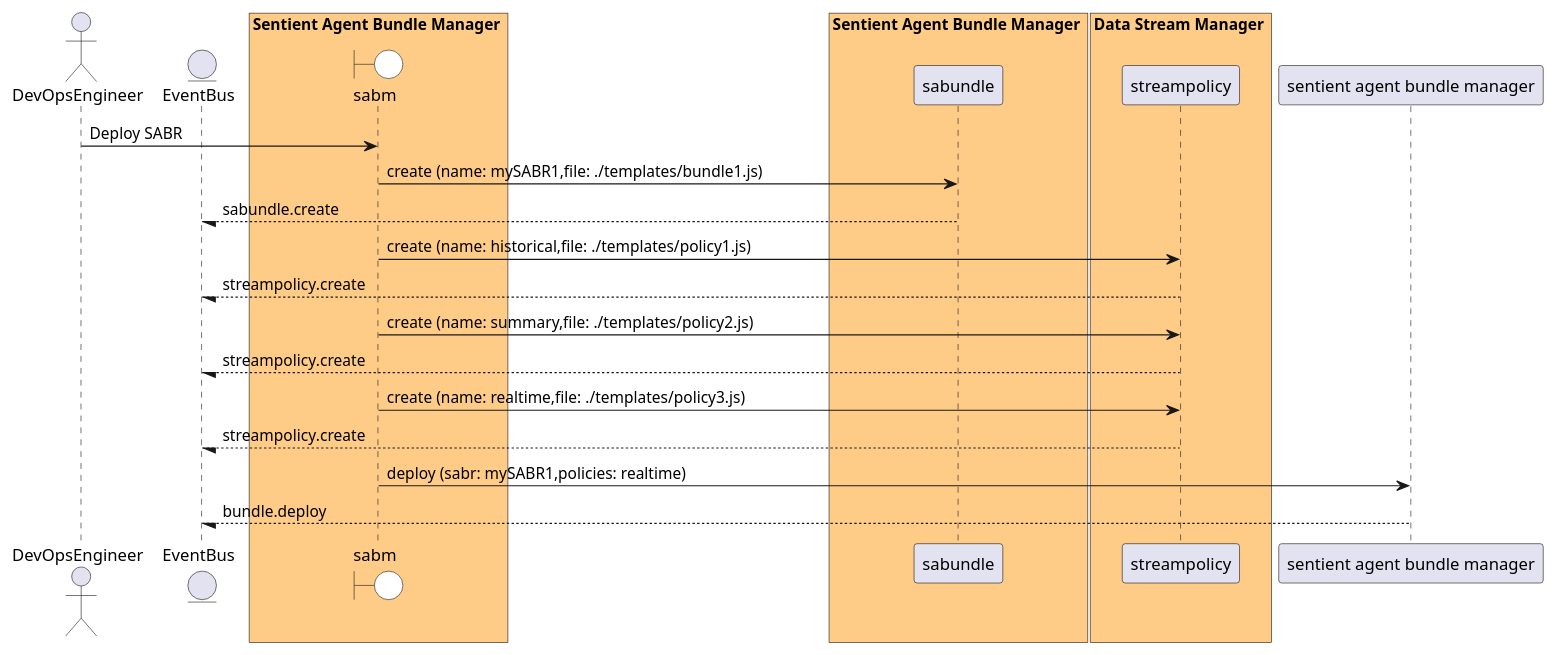
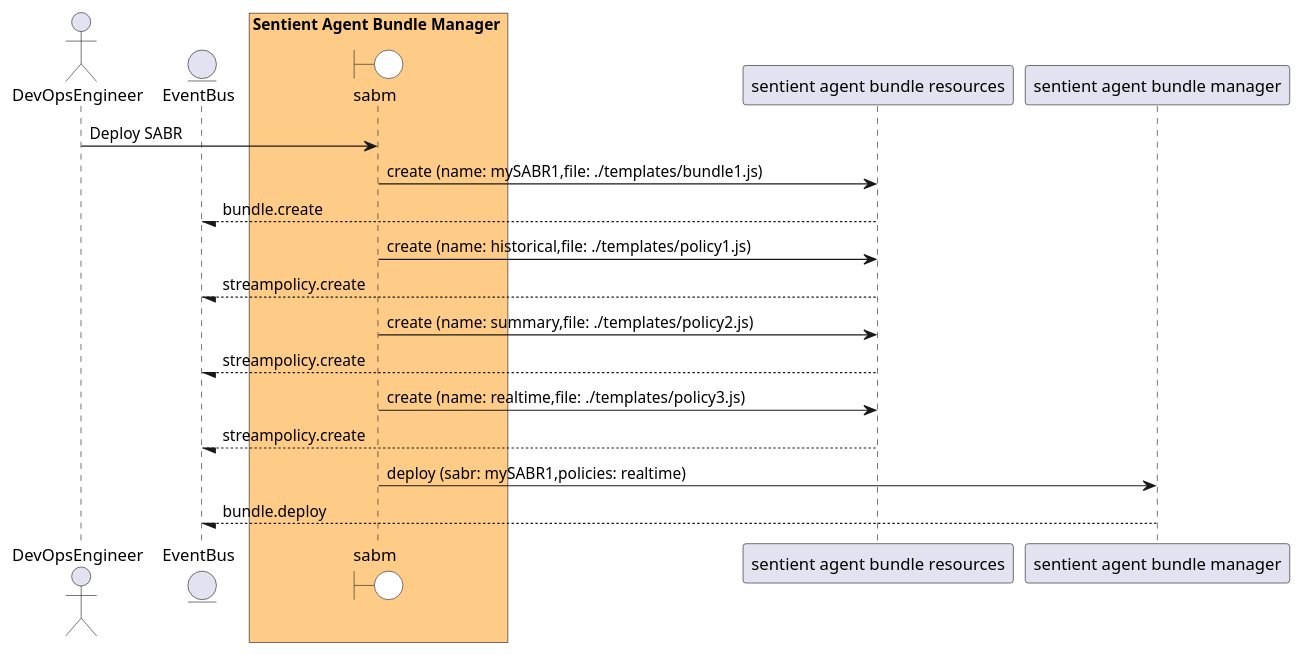
The diagram in docs/sabr/diml/sabm/usecases/managesabr/DeploySABR.puml (madajaju/sabr), drawn with PlantUML before and after one commit. The commit also changed 572 other files, not shown here.

```diff
--- a/docs/sabr/diml/sabm/usecases/managesabr/DeploySABR.puml
+++ b/docs/sabr/diml/sabm/usecases/managesabr/DeploySABR.puml
@@ -1,46 +1,44 @@
 @startuml
 
 actor "DevOpsEngineer"
 
 
 entity EventBus
 
 box Sentient Agent Bundle Manager #ffcc88
     boundary sabm #white
 end box
 
 
-box Sentient Agent Bundle Manager #ffcc88
-            participant sabundle
+box Sentient Agent Bundle Resources #bbaaff
     end box
 
-box Data Stream Manager #ffcc88
-            participant streampolicy
+box Sentient Agent Bundle Manager #ffcc88
     end box
 
 
 "DevOpsEngineer" -> sabm: Deploy SABR
 
-    sabm -> "sabundle": create (name: mySABR1,file: ./templates/bundle1.js)
+    sabm -> "sentient agent bundle resources": create (name: mySABR1,file: ./templates/bundle1.js)
 
-    "sabundle" --/ EventBus: sabundle.create
+    "sentient agent bundle resources" --/ EventBus: bundle.create
 
-    sabm -> "streampolicy": create (name: historical,file: ./templates/policy1.js)
+    sabm -> "sentient agent bundle resources": create (name: historical,file: ./templates/policy1.js)
 
-    "streampolicy" --/ EventBus: streampolicy.create
+    "sentient agent bundle resources" --/ EventBus: streampolicy.create
 
-    sabm -> "streampolicy": create (name: summary,file: ./templates/policy2.js)
+    sabm -> "sentient agent bundle resources": create (name: summary,file: ./templates/policy2.js)
 
-    "streampolicy" --/ EventBus: streampolicy.create
+    "sentient agent bundle resources" --/ EventBus: streampolicy.create
 
-    sabm -> "streampolicy": create (name: realtime,file: ./templates/policy3.js)
+    sabm -> "sentient agent bundle resources": create (name: realtime,file: ./templates/policy3.js)
 
-    "streampolicy" --/ EventBus: streampolicy.create
+    "sentient agent bundle resources" --/ EventBus: streampolicy.create
 
     sabm -> "sentient agent bundle manager": deploy (sabr: mySABR1,policies: realtime)
 
     "sentient agent bundle manager" --/ EventBus: bundle.deploy
 
 
 
 @enduml
```
